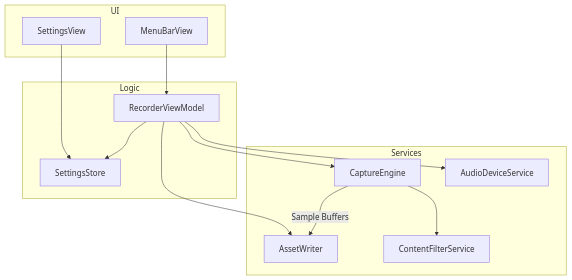
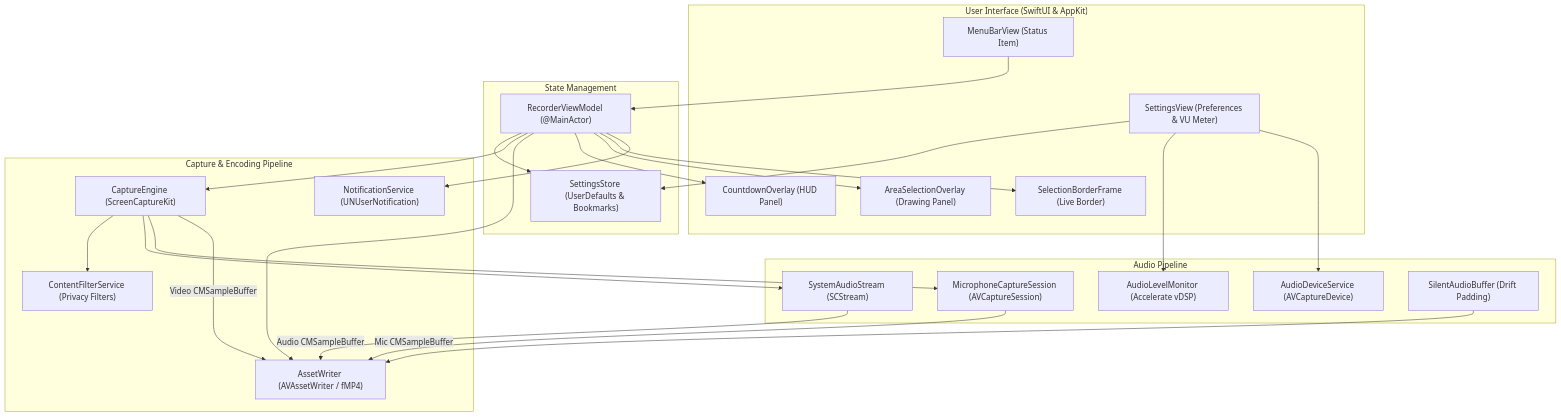
Before and after one commit to uditrajput03/lightrecorder: the diagram in README.md, drawn with Mermaid. The commit also changed other lines of this file, not shown here.

First line of the commit message:
Update README with comprehensive documentation and architecture

````diff
--- a/README.md
+++ b/README.md
@@ -94,28 +139,50 @@
 ```mermaid
 graph TD
-    subgraph UI
-        MBV[MenuBarView]
-        SV[SettingsView]
+    subgraph UI ["User Interface (SwiftUI & AppKit)"]
+        MBV["MenuBarView (Status Item)"]
+        SV["SettingsView (Preferences & VU Meter)"]
+        CO["CountdownOverlay (HUD Panel)"]
+        ASO["AreaSelectionOverlay (Drawing Panel)"]
+        SBF["SelectionBorderFrame (Live Border)"]
     end
 
-    subgraph Logic
-        VM[RecorderViewModel]
-        SS[SettingsStore]
+    subgraph ViewModel ["State Management"]
+        VM["RecorderViewModel (@MainActor)"]
+        SS["SettingsStore (UserDefaults & Bookmarks)"]
     end
 
-    subgraph Services
-        CE[CaptureEngine]
-        AW[AssetWriter]
-        ADS[AudioDeviceService]
-        CFS[ContentFilterService]
+    subgraph AudioEngine ["Audio Pipeline"]
+        ALM["AudioLevelMonitor (Accelerate vDSP)"]
+        ADS["AudioDeviceService (AVCaptureDevice)"]
+        MCS["MicrophoneCaptureSession (AVCaptureSession)"]
+        SAS["SystemAudioStream (SCStream)"]
+        SAB["SilentAudioBuffer (Drift Padding)"]
+    end
+
+    subgraph CoreEngine ["Capture & Encoding Pipeline"]
+        CE["CaptureEngine (ScreenCaptureKit)"]
+        AW["AssetWriter (AVAssetWriter / fMP4)"]
+        CFS["ContentFilterService (Privacy Filters)"]
+        NS["NotificationService (UNUserNotification)"]
     end
 
     MBV --> VM
     SV --> SS
+    SV --> ALM
+    SV --> ADS
     VM --> SS
     VM --> CE
     VM --> AW
-    VM --> ADS
+    VM --> CO
+    VM --> ASO
+    VM --> SBF
+    VM --> NS
+
     CE --> CFS
-    CE -- Sample Buffers --> AW
+    CE --> SAS
+    CE --> MCS
+    CE -- Video CMSampleBuffer --> AW
+    SAS -- Audio CMSampleBuffer --> AW
+    MCS -- Mic CMSampleBuffer --> AW
+    SAB --> AW
 ```
````
